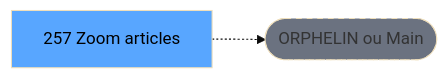
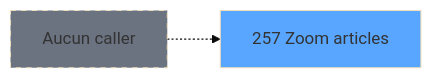
The second of 3 diagrams in .openspec/specs/ADH-IDE-257.md (thonyAGP/magic-migration), drawn with Mermaid (base theme) before and after one commit. The commit also changed other lines of this file and 493 other files, not shown here.

````diff
--- a/.openspec/specs/ADH-IDE-257.md
+++ b/.openspec/specs/ADH-IDE-257.md
@@ -121,8 +237,8 @@
 ```mermaid
 graph LR
-    T[257 Zoom articles]
-    ORPHAN([ORPHELIN ou Main])
-    T -.-> ORPHAN
-    style T fill:#58a6ff,color:#000
-    style ORPHAN fill:#6b7280,stroke-dasharray: 5 5
+    T257[257 Zoom articles]
+    style T257 fill:#58a6ff
+    NONE[Aucun caller]
+    NONE -.-> T257
+    style NONE fill:#6b7280,stroke-dasharray: 5 5
 ```
````
